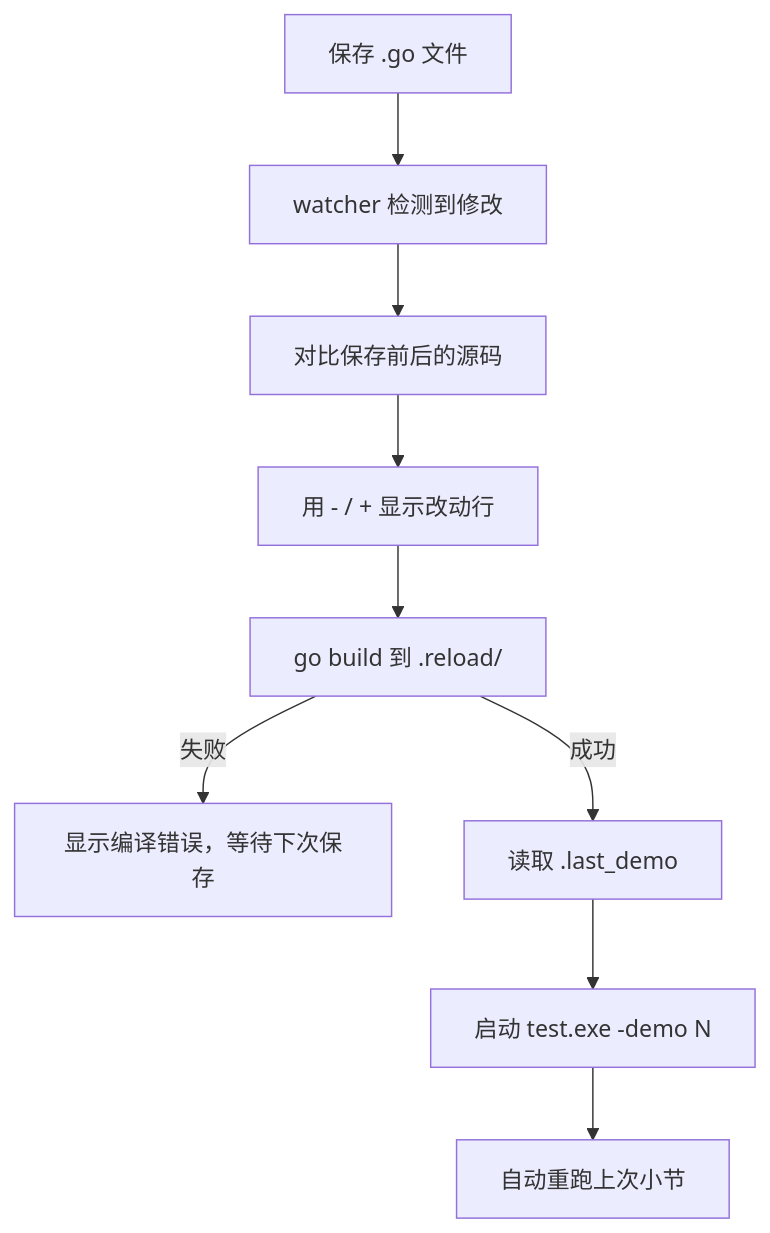
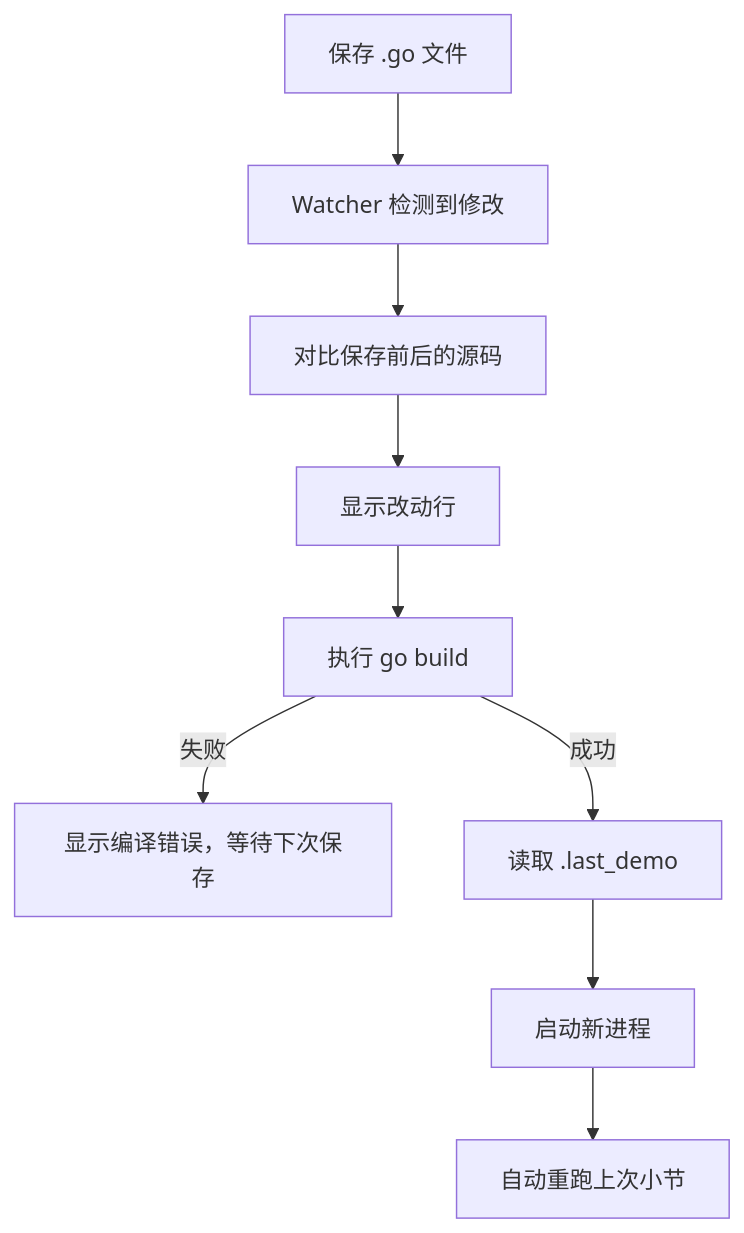
One commit to neumannfeng/studyGo changed the diagram in README.md. Above: the diagram before and after it, drawn with Mermaid. The commit also changed other lines of this file and 1 other file, not shown here.

````diff
--- a/README.md
+++ b/README.md
@@ -293,11 +293,11 @@
 ```mermaid
 flowchart TD
-    A[保存 .go 文件] --> B[watcher 检测到修改]
-    B --> C[对比保存前后的源码]
-    C --> D[用 - / + 显示改动行]
-    D --> E[go build 到 .reload/]
-    E -->|失败| F[显示编译错误，等待下次保存]
-    E -->|成功| G[读取 .last_demo]
-    G --> H[启动 test.exe -demo N]
-    H --> I[自动重跑上次小节]
+    A["保存 .go 文件"] --> B["Watcher 检测到修改"]
+    B --> C["对比保存前后的源码"]
+    C --> D["显示改动行"]
+    D --> E["执行 go build"]
+    E -->|失败| F["显示编译错误，等待下次保存"]
+    E -->|成功| G["读取 .last_demo"]
+    G --> H["启动新进程"]
+    H --> I["自动重跑上次小节"]
 ```
````
